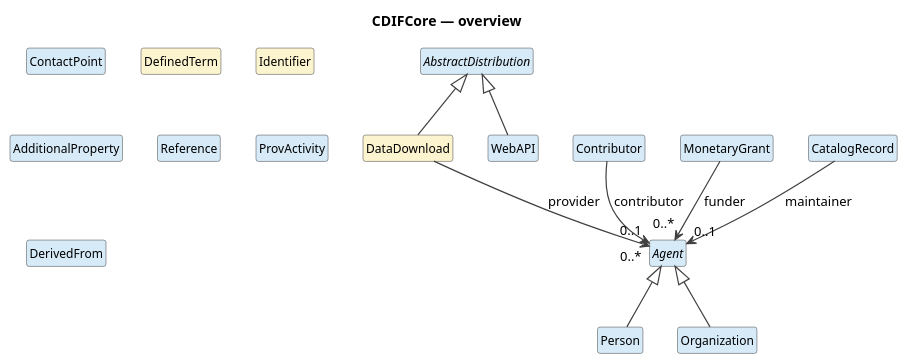
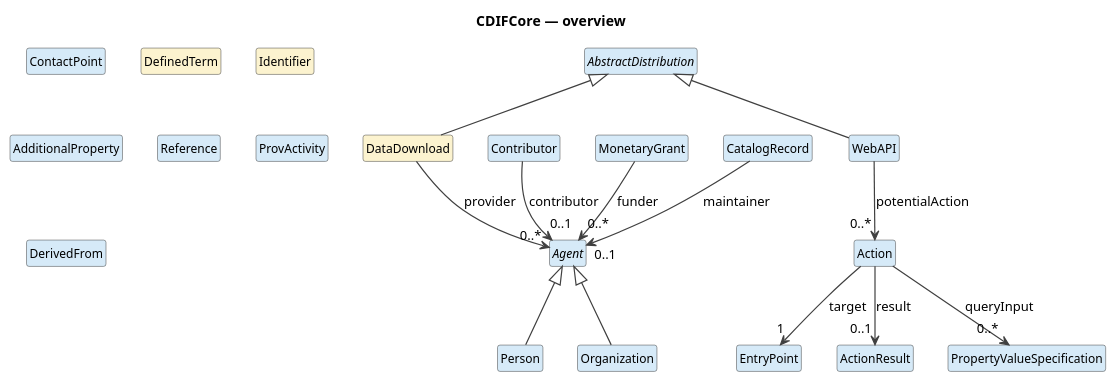
The diagram in cdif-uml-model/_plantuml/cdifCore/index.local.pu (Cross-Domain-Interoperability-Framework/metadataBuildingBlocks), drawn with PlantUML before and after one commit. The commit also changed 145 other files, not shown here.

First line of the commit message:
Regenerate UML model browser: WebAPI Action subtree

```diff
--- a/cdif-uml-model/_plantuml/cdifCore/index.local.pu
+++ b/cdif-uml-model/_plantuml/cdifCore/index.local.pu
@@ -1,38 +1,46 @@
 @startuml
 title CDIFCore — overview
 hide circle
 hide empty members
 skinparam shadowing false
 skinparam ArrowThickness 1.2
 skinparam class {
   ArrowColor #404040
   BorderColor #404040
   FontSize 12
 }
 
 abstract class "AbstractDistribution" as AbstractDistribution #D6EAF8
 class "DataDownload" as DataDownload #FCF3CF
 class "WebAPI" as WebAPI #D6EAF8
+class "Action" as Action #D6EAF8
+class "EntryPoint" as EntryPoint #D6EAF8
+class "ActionResult" as ActionResult #D6EAF8
+class "PropertyValueSpecification" as PropertyValueSpecification #D6EAF8
 abstract class "Agent" as Agent #D6EAF8
 class "Person" as Person #D6EAF8
 class "ContactPoint" as ContactPoint #D6EAF8
 class "Organization" as Organization #D6EAF8
 class "Contributor" as Contributor #D6EAF8
 class "DefinedTerm" as DefinedTerm #FCF3CF
 class "Identifier" as Identifier #FCF3CF
 class "AdditionalProperty" as AdditionalProperty #D6EAF8
 class "Reference" as Reference #D6EAF8
 class "MonetaryGrant" as MonetaryGrant #D6EAF8
 class "ProvActivity" as ProvActivity #D6EAF8
 class "DerivedFrom" as DerivedFrom #D6EAF8
 class "CatalogRecord" as CatalogRecord #D6EAF8
 AbstractDistribution <|-- DataDownload
 AbstractDistribution <|-- WebAPI
 Agent <|-- Person
 Agent <|-- Organization
 DataDownload --> "0..*" Agent : provider
+WebAPI --> "0..*" Action : potentialAction
+Action --> "1" EntryPoint : target
+Action --> "0..1" ActionResult : result
+Action --> "0..*" PropertyValueSpecification : queryInput
 Contributor --> "0..1" Agent : contributor
 MonetaryGrant --> "0..*" Agent : funder
 CatalogRecord --> "0..1" Agent : maintainer
 
 @enduml
```
